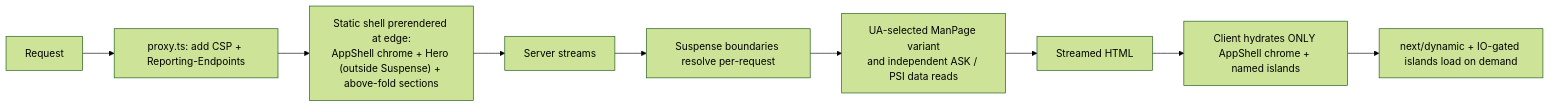
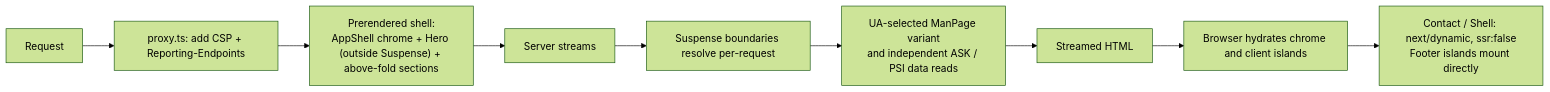
Before and after one commit to erikunha/portfolio: the third of 6 diagrams in docs/03-rendering-and-data-flow.md, drawn with Mermaid (forest theme). The commit also changed other lines of this file and 30 other files, not shown here.

First line of the commit message:
docs(terminal-redesign): sync docs and diagrams with the redesign; review only on request (#291)

````diff
--- a/docs/03-rendering-and-data-flow.md
+++ b/docs/03-rendering-and-data-flow.md
@@ -62,11 +72,11 @@
 ```mermaid
 flowchart LR
     req["Request"] --> px["proxy.ts: add CSP + Reporting-Endpoints"]
-    px --> shell["Static shell prerendered at edge:<br/>AppShell chrome + Hero (outside Suspense) + above-fold sections"]
+    px --> shell["Prerendered shell:<br/>AppShell chrome + Hero (outside Suspense) + above-fold sections"]
     shell --> stream["Server streams"]
     stream --> susp["Suspense boundaries resolve per-request"]
     susp --> dyn["UA-selected ManPage variant<br/>and independent ASK / PSI data reads"]
     dyn --> html2["Streamed HTML"]
-    html2 --> hydrate["Client hydrates ONLY AppShell chrome + named islands"]
-    hydrate --> lazy["next/dynamic + IO-gated islands load on demand"]
+    html2 --> hydrate["Browser hydrates chrome and client islands"]
+    hydrate --> lazy["Contact / Shell: next/dynamic, ssr:false<br/>Footer islands mount directly"]
 ```
````
